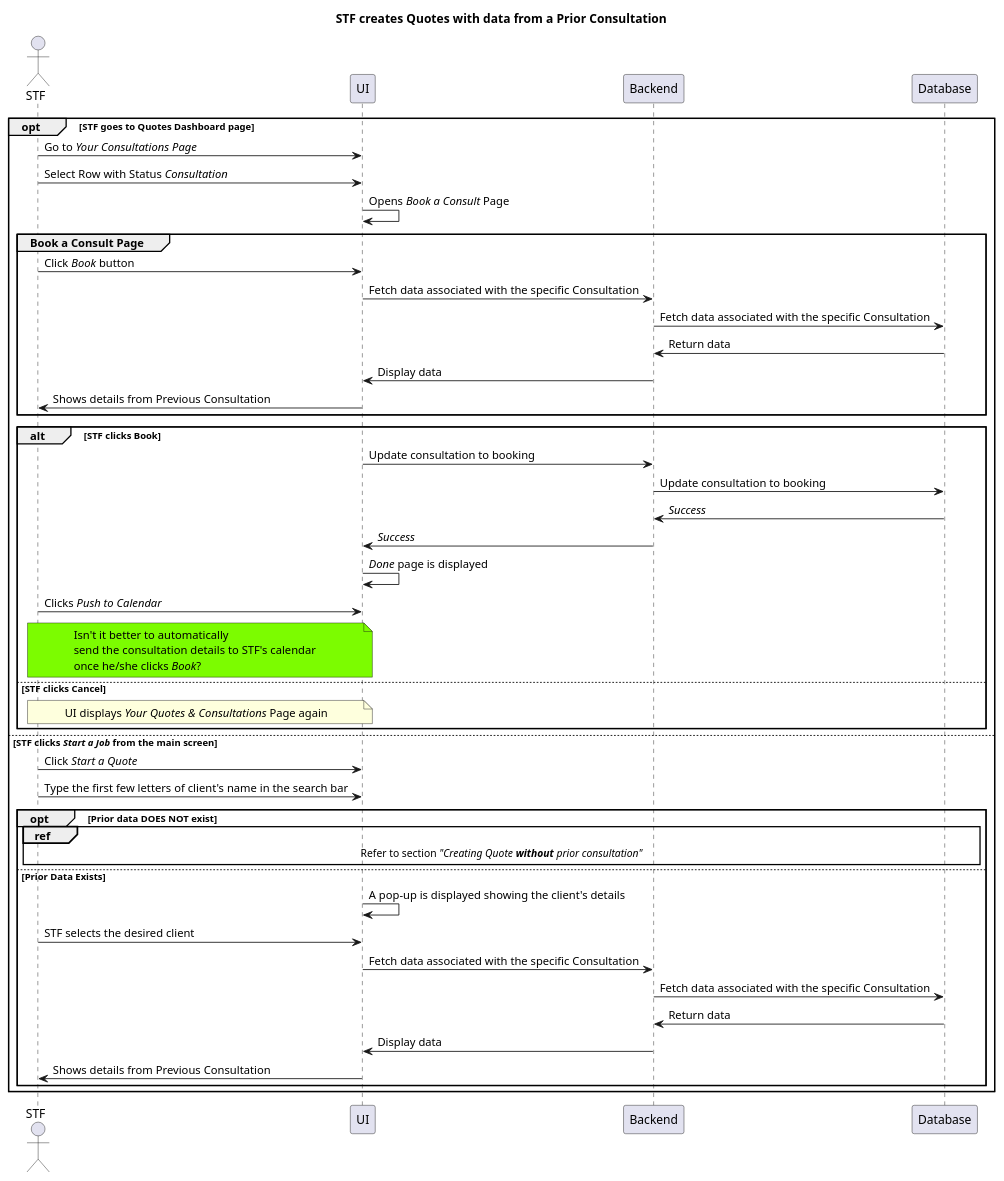
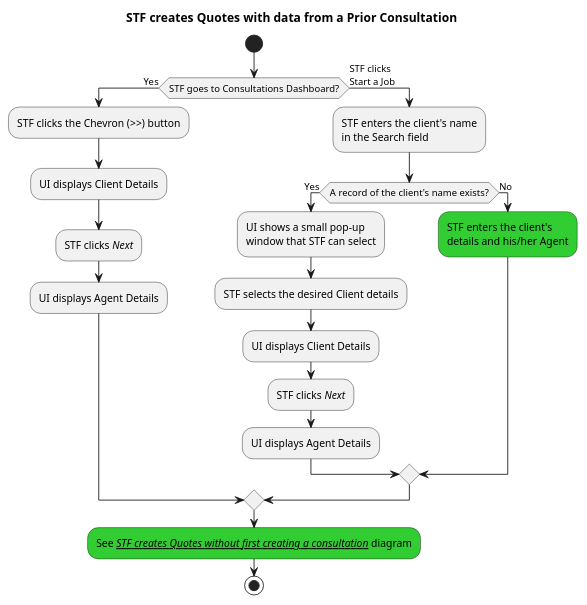
Before and after one commit to jpgacrama/NovariSpecs: the diagram in STF/STF_CreateQuoteFromPriorConsultation.pu, drawn with PlantUML.

Commit message:
master: Creating quotes with data from Prior Consultation is now simpler
I made it to a Process flow diagram instead

```diff
--- a/STF/STF_CreateQuoteFromPriorConsultation.pu
+++ b/STF/STF_CreateQuoteFromPriorConsultation.pu
@@ -1,57 +1,30 @@
 @startuml
     title STF creates Quotes with data from a Prior Consultation
+    start
+    
+    if (STF goes to Consultations Dashboard?) then (Yes)
+        :STF clicks the Chevron (>>) button;
+        :UI displays Client Details;
+        :STF clicks //Next//;
+        :UI displays Agent Details;
+    else (STF clicks\nStart a Job)
+        :STF enters the client's name
+        in the Search field;
+        if (A record of the client's name exists?) then (Yes)
+            :UI shows a small pop-up
+            window that STF can select;
+            :STF selects the desired Client details;
+            :UI displays Client Details;
+            :STF clicks //Next//;
+            :UI displays Agent Details;
+        else (No)
+            #LimeGreen:STF enters the client's
+            details and his/her Agent;
+        endif
+    endif
 
-    actor "STF" as STF
+    #LimeGreen:See <u>//STF creates Quotes without first creating a consultation//</u> diagram;
 
-    opt STF goes to Quotes Dashboard page
-        STF -> UI: Go to //Your Consultations Page//
-        STF -> UI: Select Row with Status //Consultation//
-        UI -> UI: Opens //Book a Consult// Page
+    stop
 
-        group Book a Consult Page
-            STF -> UI: Click //Book// button
-            UI -> Backend: Fetch data associated with the specific Consultation
-            Backend -> Database: Fetch data associated with the specific Consultation
-            Database -> Backend: Return data
-            Backend -> UI: Display data 
-
-            UI -> STF: Shows details from Previous Consultation
-        end group
-
-        alt STF clicks Book
-            UI -> Backend: Update consultation to booking
-            Backend -> Database: Update consultation to booking
-            Database -> Backend: //Success//
-            Backend -> UI: //Success//
-
-            UI -> UI: //Done// page is displayed
-            STF -> UI: Clicks //Push to Calendar//
-
-            note over STF, UI #LawnGreen
-                Isn't it better to automatically
-                send the consultation details to STF's calendar 
-                once he/she clicks //Book//?
-            end note
-        else STF clicks Cancel
-            note over STF, UI
-                UI displays //Your Quotes & Consultations// Page again
-            end note
-        end
-    else STF clicks //Start a Job// from the main screen
-        STF -> UI: Click //Start a Quote//
-        STF -> UI: Type the first few letters of client's name in the search bar
-        opt Prior data DOES NOT exist
-            ref over STF, Database
-                Refer to section //"Creating Quote **without** prior consultation"//
-            end ref
-        else Prior Data Exists
-            UI -> UI: A pop-up is displayed showing the client's details
-            STF -> UI: STF selects the desired client
-            UI -> Backend: Fetch data associated with the specific Consultation
-            Backend -> Database: Fetch data associated with the specific Consultation
-            Database -> Backend: Return data
-            Backend -> UI: Display data 
-            UI -> STF: Shows details from Previous Consultation
-        end
-    end
 @enduml
```
